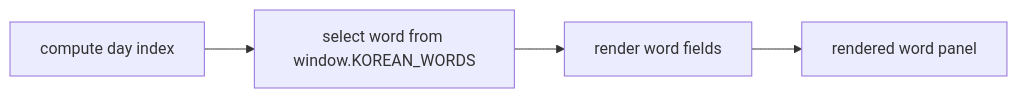
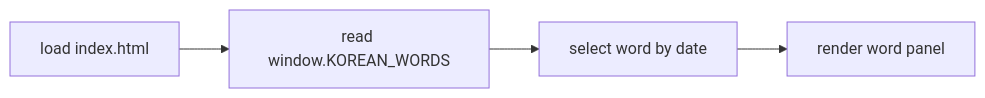
One commit to cptntrps/korean-word-of-the-day changed the first of 2 diagrams in docs/3_WORKFLOWS.md. Above: the diagram before and after it, drawn with Mermaid. The commit also changed other lines of this file and 5 other files, not shown here.

````diff
--- a/docs/3_WORKFLOWS.md
+++ b/docs/3_WORKFLOWS.md
@@ -31,6 +32,6 @@
 ```mermaid
 graph LR
-  A[compute day index] --> B[select word from window.KOREAN_WORDS]
-  B --> C[render word fields]
-  C --> D[rendered word panel]
+  A[load index.html] --> B[read window.KOREAN_WORDS]
+  B --> C[select word by date]
+  C --> D[render word panel]
 ```
````
